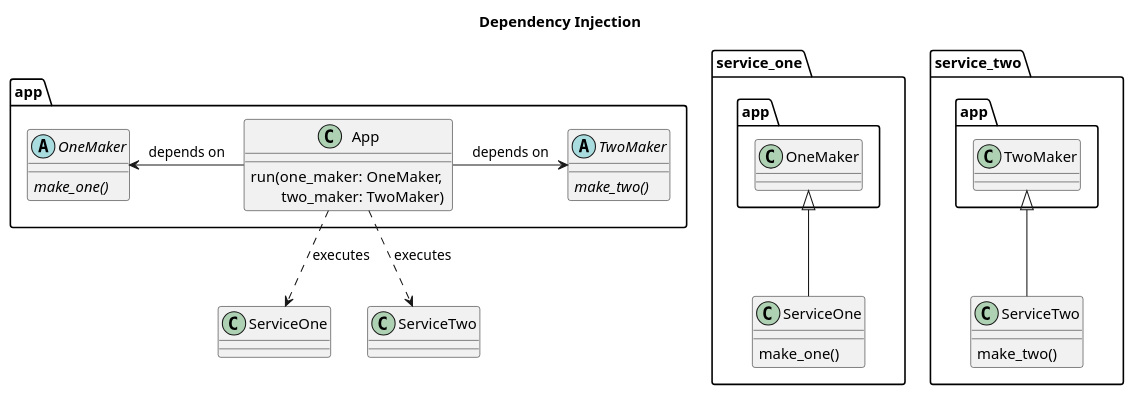
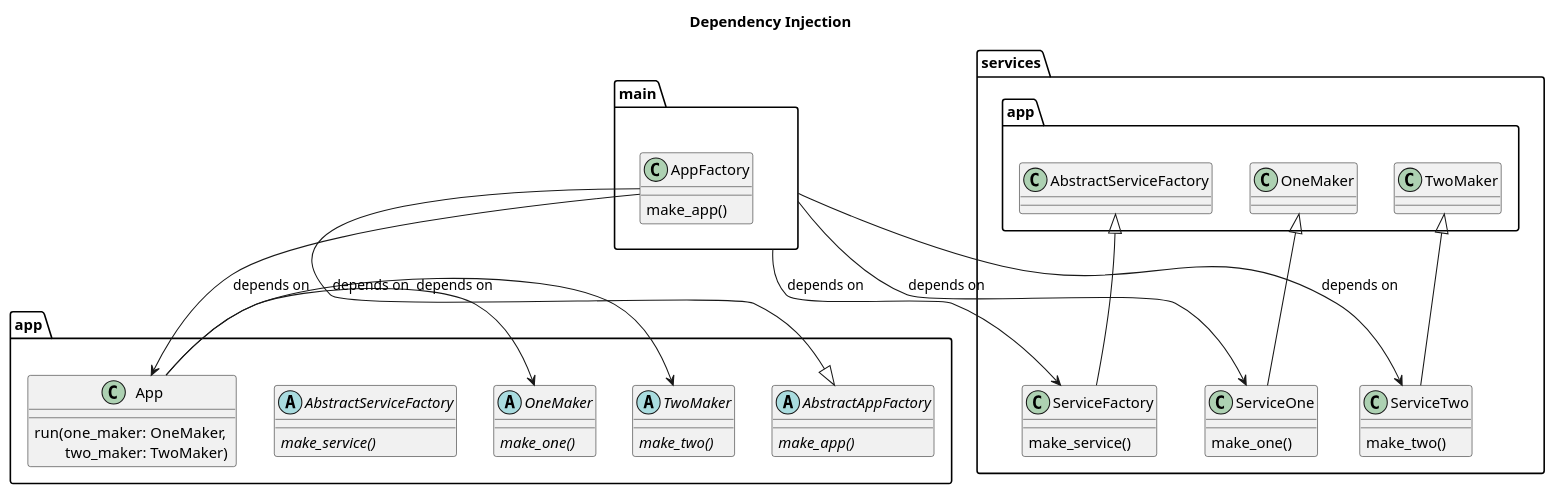
Before and after one commit to zapp29/python-code-snippets: the second of 2 diagrams in design-patterns/dependency-injection/diagram.puml, drawn with PlantUML. The commit also changed 8 other files, not shown here.

```diff
--- a/design-patterns/dependency-injection/diagram.puml
+++ b/design-patterns/dependency-injection/diagram.puml
@@ -27,35 +27,53 @@
 @startuml
 title Dependency Injection
 
-package service_one {
+package services {
+  class ServiceFactory {
+    make_service()
+  }
+  ServiceFactory -up-|> app.AbstractServiceFactory
+
   class ServiceOne {
     make_one()
   }
   ServiceOne -up-|> app.OneMaker
-}
 
-package service_two {
   class ServiceTwo {
     make_two()
   }
   ServiceTwo -up-|> app.TwoMaker
+
 }
 
 package app {
   abstract OneMaker {
     {abstract} make_one()
   }
   abstract TwoMaker {
     {abstract} make_two()
   }
+  abstract AbstractServiceFactory {
+    {abstract} make_service()
+  }
+  abstract AbstractAppFactory {
+    {abstract} make_app()
+  }
   class App {
     run(one_maker: OneMaker, \n\ttwo_maker: TwoMaker)
   }
   App -left-> OneMaker: depends on
   App -right-> TwoMaker: depends on
-
-  app.App -.> .ServiceOne: executes
-  app.App -.> .ServiceTwo: executes
 }
 
+package main {
+  class AppFactory {
+    make_app()
+  }
+  AppFactory --|> app.AbstractAppFactory
+  AppFactory --> app.App: depends on
+}
+main --> ServiceOne: depends on
+main --> ServiceTwo: depends on
+main --> ServiceFactory: depends on
+
 @enduml
```
